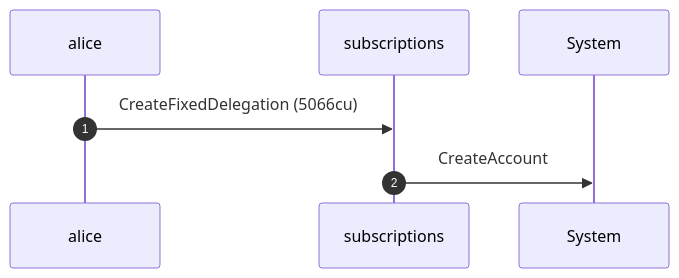
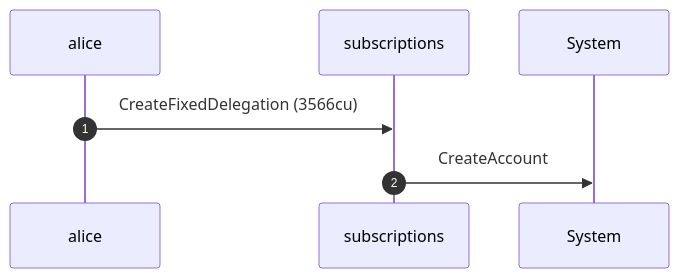
Before and after one commit to cds-rs/subscriptions: the fifth of 8 diagrams in dsl_tests/mallory-cannot-revoke-a-sponsor-funded-delegation.md, drawn with Mermaid. The commit also changed other lines of this file and 224 other files, not shown here.

````diff
--- a/dsl_tests/mallory-cannot-revoke-a-sponsor-funded-delegation.md
+++ b/dsl_tests/mallory-cannot-revoke-a-sponsor-funded-delegation.md
@@ -105,9 +111,9 @@
 ```mermaid
 sequenceDiagram
     autonumber
     participant alice
     participant subscriptions
     participant System
-    alice ->> subscriptions: CreateFixedDelegation (5066cu)
+    alice ->> subscriptions: CreateFixedDelegation (3566cu)
     subscriptions ->> System: CreateAccount
 ```
````
